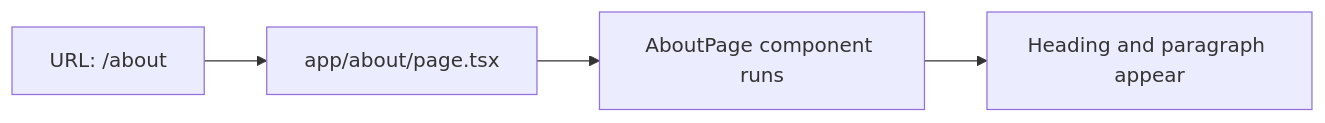
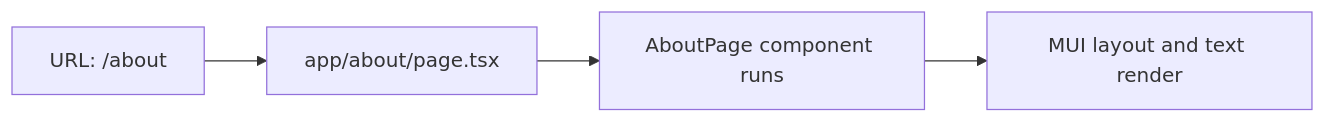
One commit to matthewlovestocode/designated changed the diagram in docs/web/pages/about-page.md. Above: the diagram before and after it, drawn with Mermaid. The commit also changed other lines of this file and 35 other files, not shown here.

````diff
--- a/docs/web/pages/about-page.md
+++ b/docs/web/pages/about-page.md
@@ -75,6 +75,6 @@
 ```mermaid
 flowchart LR
     A["URL: /about"] --> B["app/about/page.tsx"]
     B --> C["AboutPage component runs"]
-    C --> D["Heading and paragraph appear"]
+    C --> D["MUI layout and text render"]
 ```
````
